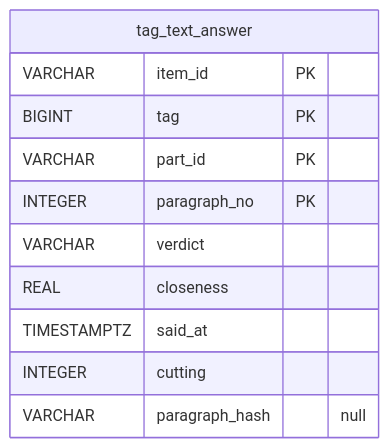
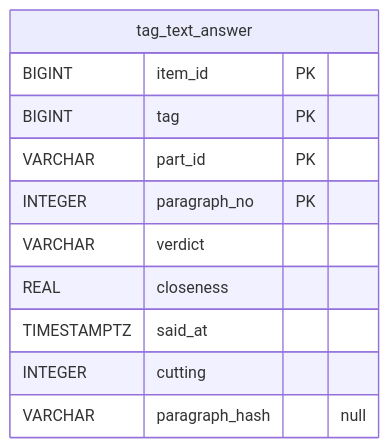
Before and after one commit to vlsergey/recommend4me: the diagram in docs/database/corrections.md, drawn with Mermaid. The commit also changed 336 other files, not shown here.

````diff
--- a/docs/database/corrections.md
+++ b/docs/database/corrections.md
@@ -11,14 +11,14 @@
 ```mermaid
 erDiagram
     tag_text_answer {
-        VARCHAR item_id PK
+        BIGINT item_id PK
         BIGINT tag PK
         VARCHAR part_id PK
         INTEGER paragraph_no PK
         VARCHAR verdict
         REAL closeness
         TIMESTAMPTZ said_at
         INTEGER cutting
         VARCHAR paragraph_hash "null"
     }
 ```
````
